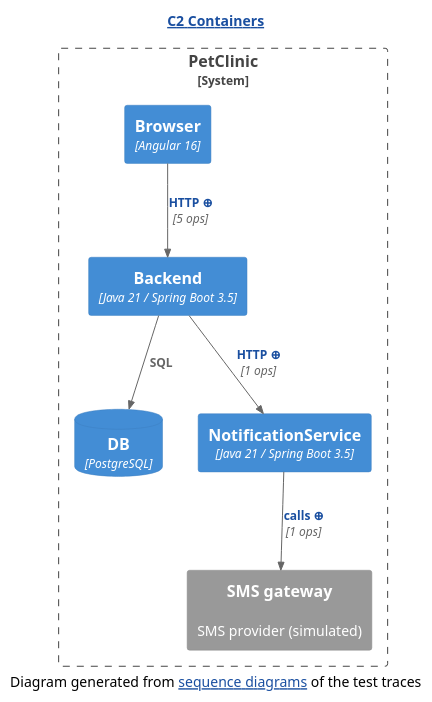
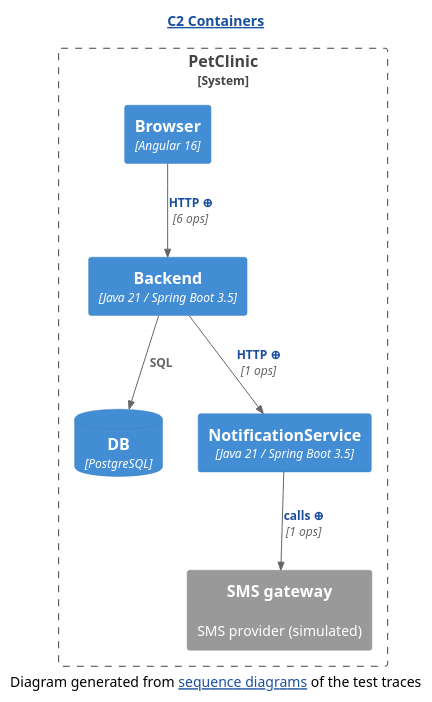
Before and after one commit to AgustinOliver98/human-review: the diagram in demo/demo/assets/c2/C2-Containers.new.puml, drawn with PlantUML. The commit also changed 152 other files, not shown here.

```diff
--- a/demo/demo/assets/c2/C2-Containers.new.puml
+++ b/demo/demo/assets/c2/C2-Containers.new.puml
@@ -1,20 +1,20 @@
 @startuml
 ' ⚠️  GENERATED — projected from the sequence diagrams by c2-from-sequence.py.
 !include <C4/C4_Container>
 HIDE_STEREOTYPE()
 skinparam hyperlinkUnderline false
 skinparam hyperlinkColor #1A4FA0
 title [[https://c4model.com/diagrams/container{What is a C2 diagram?} C2 Containers]]
 System_Boundary(c2_system, "PetClinic") {
   Container(Backend, "Backend", "Java 21 / Spring Boot 3.5", "")
   Container(Browser, "Browser", "Angular 16", "")
   ContainerDb(DB, "DB", "PostgreSQL", "")
   Container(NotificationService, "NotificationService", "Java 21 / Spring Boot 3.5", "")
   System_Ext(SMS_gateway, "SMS gateway", "SMS provider (simulated)", "")
 }
 Rel(Backend, DB, "SQL", "")
 Rel(Backend, NotificationService, "[[genseq://c2-279a196c9d{Click for the calls behind this line} HTTP ⊕]]", "1 ops")
-Rel(Browser, Backend, "[[genseq://c2-fb35163739{Click for the calls behind this line} HTTP ⊕]]", "5 ops")
+Rel(Browser, Backend, "[[genseq://c2-75fafaa11f{Click for the calls behind this line} HTTP ⊕]]", "6 ops")
 Rel(NotificationService, SMS_gateway, "[[genseq://c2-cb01a30b7a{Click for the calls behind this line} calls ⊕]]", "1 ops")
 caption Diagram generated from [[#sequence{Open the Sequence tab} sequence diagrams]] of the test traces
 @enduml
```
